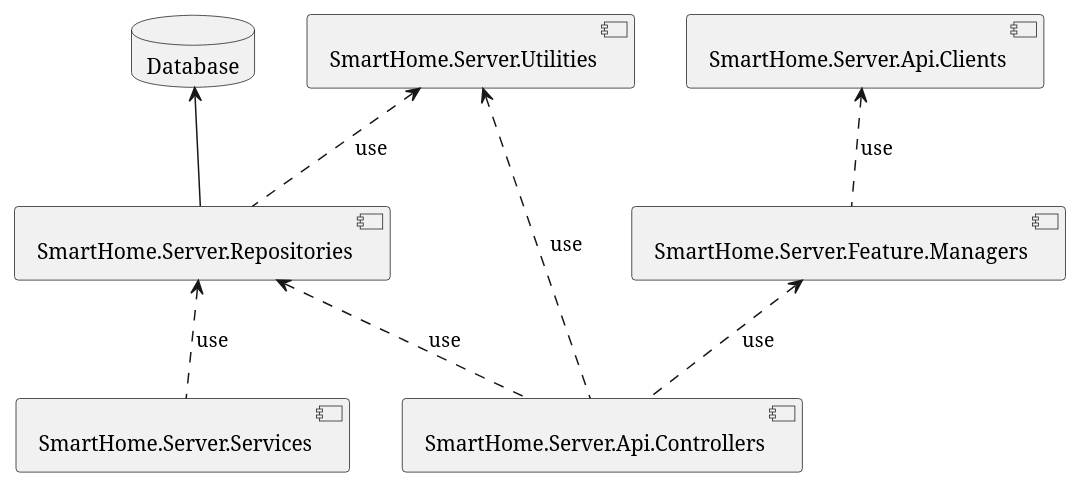
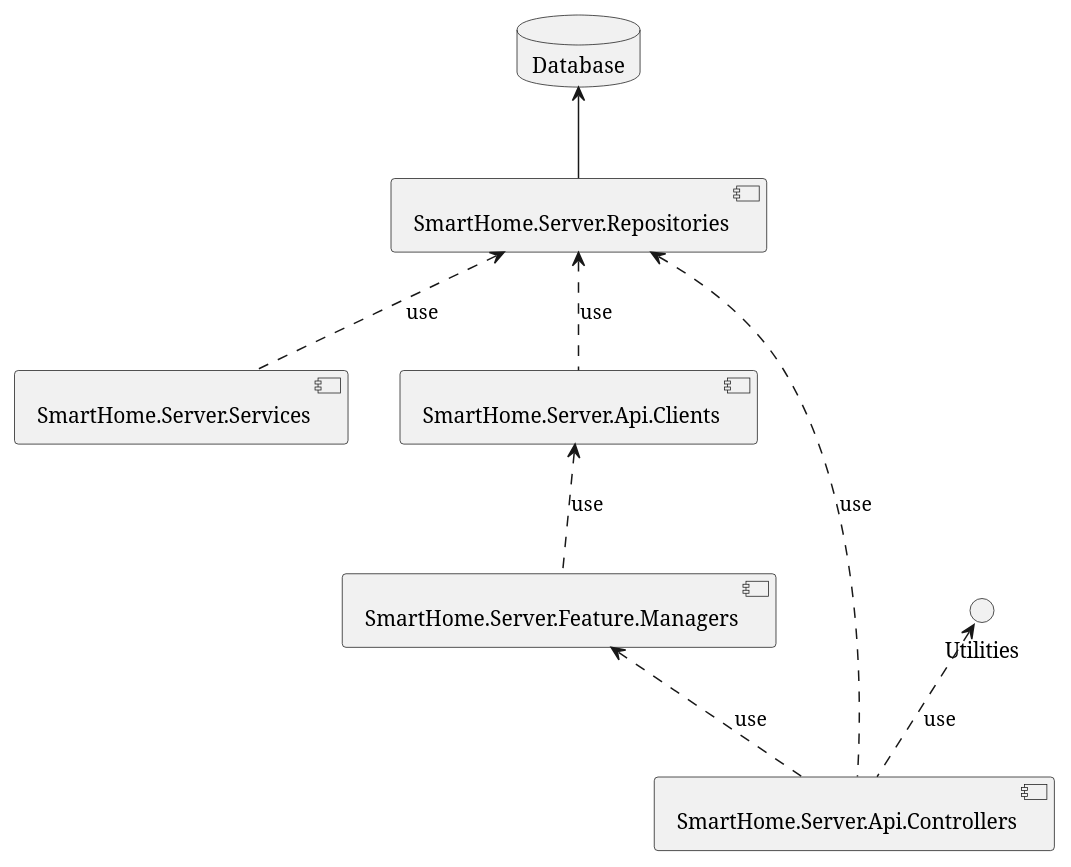
One commit to JakubMiodunka/smart-home changed the diagram in doc/Server/uml/components.pu. Above: the diagram before and after it, drawn with PlantUML. The commit also changed 10 other files, not shown here.

```diff
--- a/doc/Server/uml/components.pu
+++ b/doc/Server/uml/components.pu
@@ -1,20 +1,21 @@
 @startuml
 
 database Database
 
-component "SmartHome.Server.Utilities" as Utilities
 component "SmartHome.Server.Repositories" as Repositories
 component "SmartHome.Server.Services" as Services
 component "SmartHome.Server.Feature.Managers" as FeatureManagers
 component "SmartHome.Server.Api.Clients" as ApiClients
 component "SmartHome.Server.Api.Controllers" as ApiControllers
 
 Database <-- Repositories
-Utilities <.. Repositories : use
+
+
+Repositories <.. ApiClients : use
 Repositories <.. Services : use
 ApiClients <.. FeatureManagers : use
 FeatureManagers <.. ApiControllers : use
 Repositories <.. ApiControllers : use
 Utilities <.. ApiControllers : use
 
 @enduml
```
